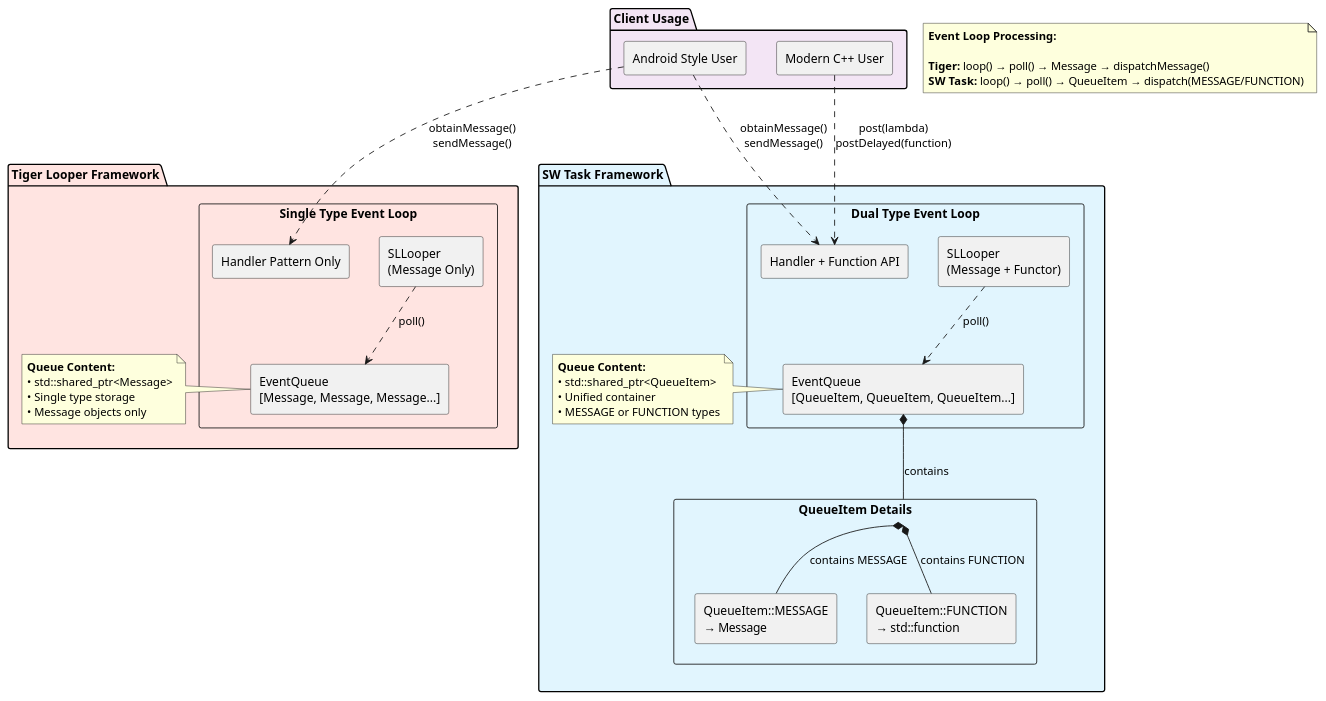
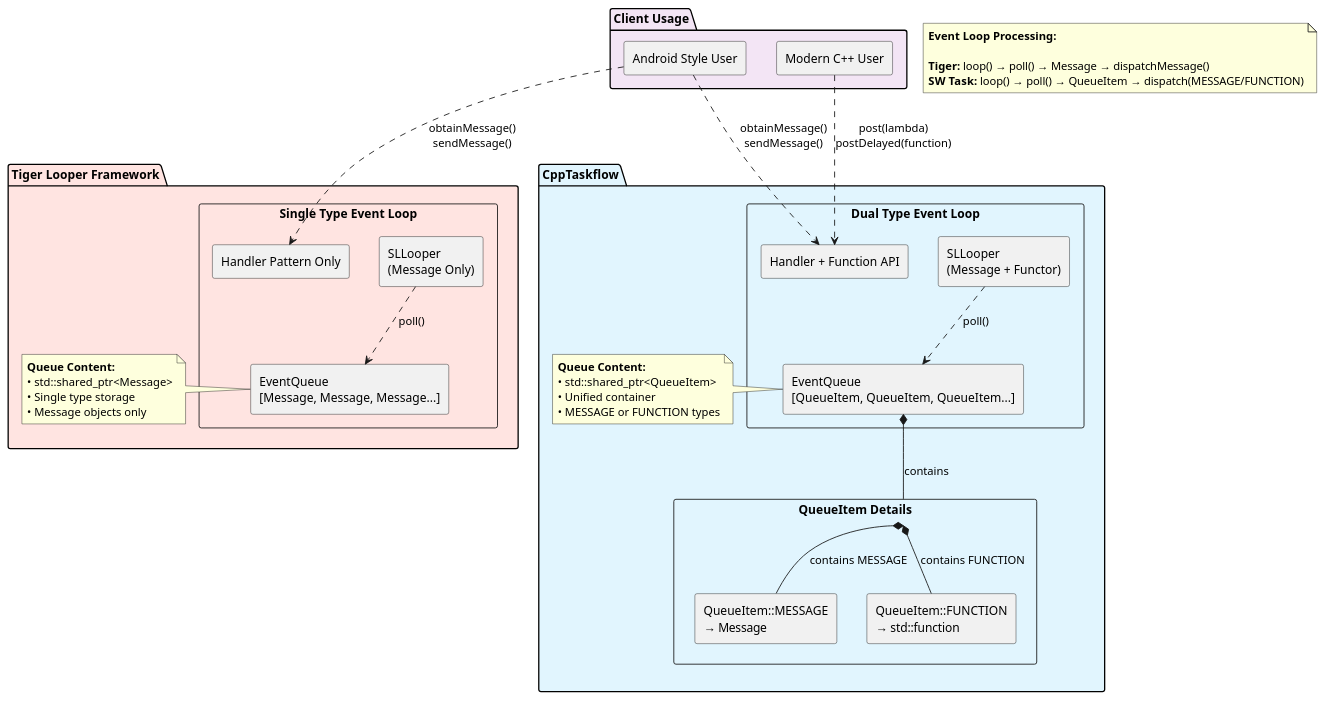
The third of 3 diagrams in doc/design/tiger/userability.puml (taikt/sw_task), drawn with PlantUML before and after one commit. The commit also changed 16 other files, not shown here.

```diff
--- a/doc/design/tiger/userability.puml
+++ b/doc/design/tiger/userability.puml
@@ -120,69 +120,69 @@
 @startuml
 
 package "Tiger Looper Framework" #FFE4E1 {
     rectangle "Single Type Event Loop" as TigerLoop {
         rectangle "SLLooper\n(Message Only)" as TigerSLLooper
         rectangle "EventQueue\n[Message, Message, Message...]" as TigerQueue
         rectangle "Handler Pattern Only" as TigerHandler
     }
     
     note right of TigerQueue
     **Queue Content:**
     • std::shared_ptr<Message>
     • Single type storage
     • Message objects only
     end note
 }
 
-package "SW Task Framework" #E1F5FE {
+package "CppTaskflow" #E1F5FE {
     rectangle "Dual Type Event Loop" as SWLoop {
         rectangle "SLLooper\n(Message + Functor)" as SWSLLooper
         rectangle "EventQueue\n[QueueItem, QueueItem, QueueItem...]" as SWQueue
         rectangle "Handler + Function API" as SWHandler
     }
     
     rectangle "QueueItem Details" as QueueDetail {
         rectangle "QueueItem::MESSAGE\n→ Message" as QueueMsg
         rectangle "QueueItem::FUNCTION\n→ std::function" as QueueFunc
     }
     
     note right of SWQueue
     **Queue Content:**
     • std::shared_ptr<QueueItem>
     • Unified container
     • MESSAGE or FUNCTION types
     end note
 }
 
 package "Client Usage" #F3E5F5 {
     rectangle "Android Style User" as AndroidUser
     rectangle "Modern C++ User" as ModernUser
 }
 
 ' Uses dependencies (dotted lines)
 AndroidUser ..> TigerHandler : obtainMessage()\nsendMessage()
 AndroidUser ..> SWHandler : obtainMessage()\nsendMessage()
 ModernUser ..> SWHandler : post(lambda)\npostDelayed(function)
 TigerSLLooper ..> TigerQueue : poll()
 SWSLLooper ..> SWQueue : poll()
 
 ' Contains relationships (solid lines with diamond)
 SWQueue *-- QueueDetail : contains
 QueueDetail *-- QueueMsg : contains MESSAGE
 QueueDetail *-- QueueFunc : contains FUNCTION
 
 ' Processing difference note (no connections)
 note as ProcessingNote
 **Event Loop Processing:**
 
 **Tiger:** loop() → poll() → Message → dispatchMessage()
 **SW Task:** loop() → poll() → QueueItem → dispatch(MESSAGE/FUNCTION)
 end note
 
 ' ' Legend
 ' legend right
 '     | ..> | Uses dependency |
 '     | *-- | Contains relationship |
 ' endlegend
 
 @enduml
```
